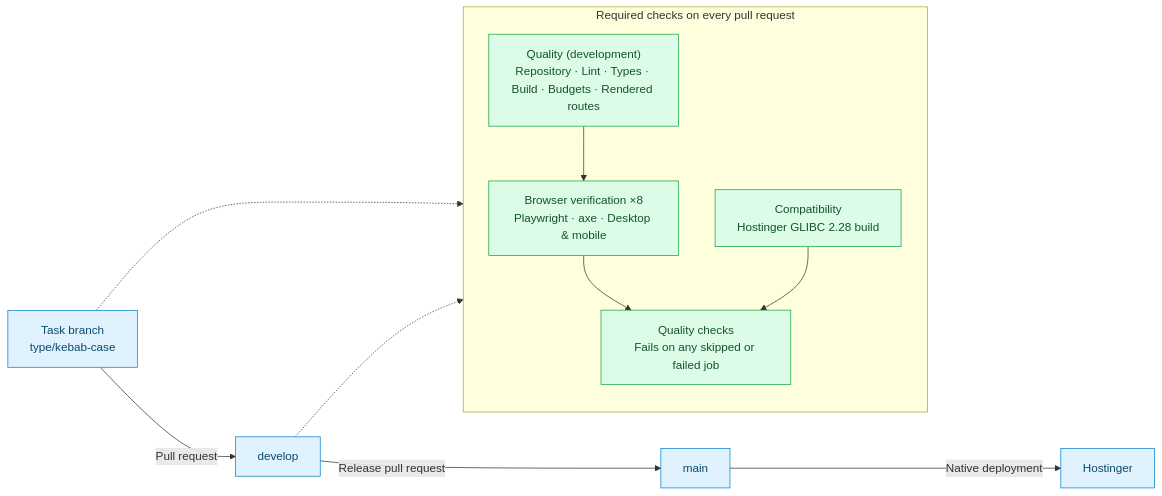
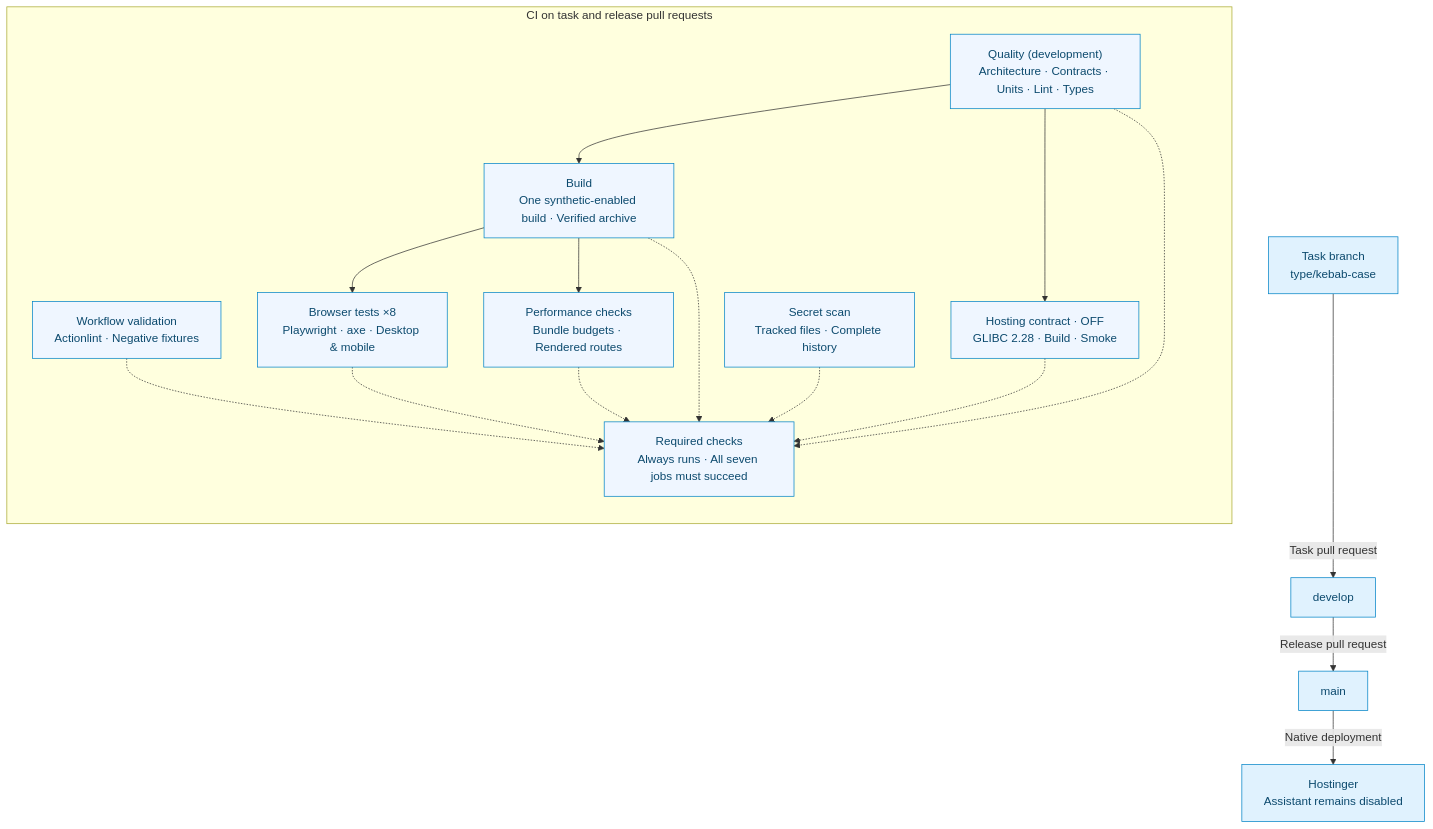
One commit to gonzalomartinperez/portfolio changed the diagram in docs/diagrams/delivery-flow.mmd. Above: the diagram before and after it, drawn with Mermaid. The commit also changed 30 other files, not shown here.

First line of the commit message:
ci(validation): separate required and nightly profiles

```diff
--- a/docs/diagrams/delivery-flow.mmd
+++ b/docs/diagrams/delivery-flow.mmd
@@ -1,19 +1,30 @@
-flowchart LR
-    TASK["Task branch<br/>type/kebab-case"] -->|"Pull request"| DEV["develop"]
+flowchart TB
+    TASK["Task branch<br/>type/kebab-case"] -->|"Task pull request"| DEV["develop"]
     DEV -->|"Release pull request"| MAIN["main"]
-    MAIN -->|"Native deployment"| LIVE["Hostinger"]
-    subgraph GATE["Required checks on every pull request"]
+    MAIN -->|"Native deployment"| LIVE["Hostinger<br/>Assistant remains disabled"]
+    subgraph GATE["CI on task and release pull requests"]
         direction TB
-        QUALITY["Quality (development)<br/>Repository · Lint · Types · Build · Budgets · Rendered routes"]
-        BROWSER["Browser verification ×8<br/>Playwright · axe · Desktop & mobile"]
-        COMPAT["Compatibility<br/>Hostinger GLIBC 2.28 build"]
-        AGG["Quality checks<br/>Fails on any skipped or failed job"]
-        QUALITY --> BROWSER --> AGG
-        COMPAT --> AGG
+        WORKFLOWS["Workflow validation<br/>Actionlint · Negative fixtures"]
+        SECRETS["Secret scan<br/>Tracked files · Complete history"]
+        QUALITY["Quality (development)<br/>Architecture · Contracts · Units · Lint · Types"]
+        BUILD["Build<br/>One synthetic-enabled build · Verified archive"]
+        HOSTING["Hosting contract · OFF<br/>GLIBC 2.28 · Build · Smoke"]
+        BROWSER["Browser tests ×8<br/>Playwright · axe · Desktop & mobile"]
+        PERF["Performance checks<br/>Bundle budgets · Rendered routes"]
+        AGG["Required checks<br/>Always runs · All seven jobs must succeed"]
+        QUALITY --> BUILD
+        QUALITY --> HOSTING
+        BUILD --> BROWSER
+        BUILD --> PERF
+        WORKFLOWS -.-> AGG
+        SECRETS -.-> AGG
+        QUALITY -.-> AGG
+        BUILD -.-> AGG
+        HOSTING -.-> AGG
+        BROWSER -.-> AGG
+        PERF -.-> AGG
     end
-    TASK -.-> GATE
-    DEV -.-> GATE
     classDef branch fill:#e0f2fe,stroke:#0284c7,color:#0c4a6e;
-    classDef check fill:#dcfce7,stroke:#16a34a,color:#14532d;
+    classDef check fill:#eff6ff,stroke:#0284c7,color:#0c4a6e;
     class TASK,DEV,MAIN,LIVE branch;
-    class QUALITY,BROWSER,COMPAT,AGG check;
+    class WORKFLOWS,SECRETS,QUALITY,BUILD,HOSTING,BROWSER,PERF,AGG check;
```
